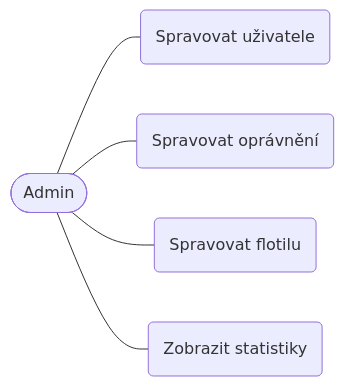
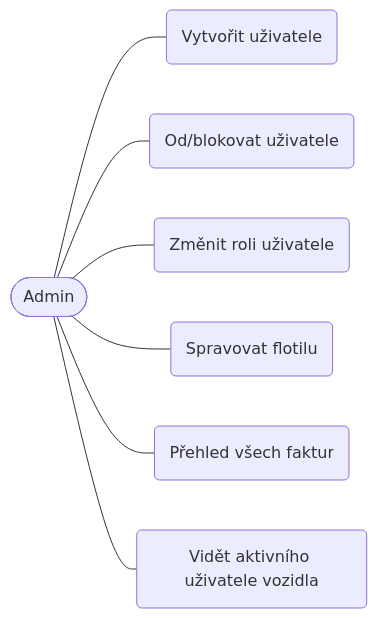
Before and after one commit to jacobcpp/KSWI: the second of 14 diagrams in report/01_pozadavky.md, drawn with Mermaid. The commit also changed other lines of this file and 7 other files, not shown here.

````diff
--- a/report/01_pozadavky.md
+++ b/report/01_pozadavky.md
@@ -52,12 +60,16 @@
 ```mermaid
 graph LR
     A([Admin])
-    AC1(Spravovat uživatele)
-    AC2(Spravovat oprávnění)
-    AC3(Spravovat flotilu)
-    AC4(Zobrazit statistiky)
+    AC1(Vytvořit uživatele)
+    AC2(Od/blokovat uživatele)
+    AC3(Změnit roli uživatele)
+    AC4(Spravovat flotilu)
+    AC5(Přehled všech faktur)
+    AC6(Vidět aktivního uživatele vozidla)
     A --- AC1
     A --- AC2
     A --- AC3
     A --- AC4
+    A --- AC5
+    A --- AC6
 ```
````
